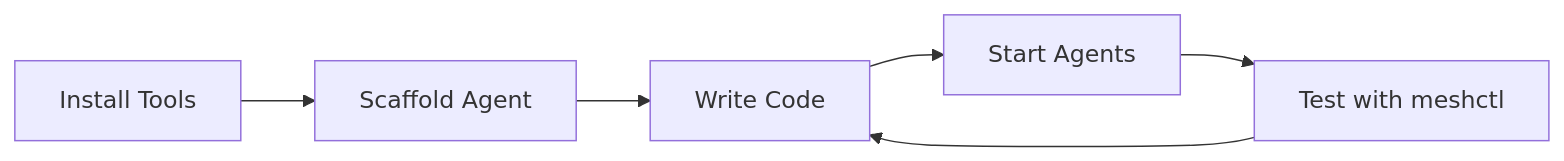
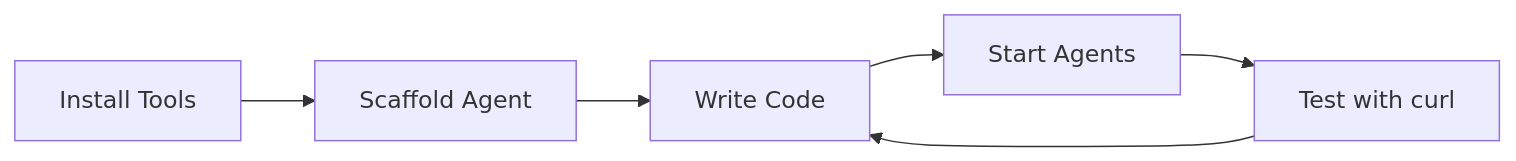
Before and after one commit to dhyansraj/mcp-mesh: the diagram in docs/02-local-development.md, drawn with Mermaid. The commit also changed other lines of this file and 47 other files, not shown here.

````diff
--- a/docs/02-local-development.md
+++ b/docs/02-local-development.md
@@ -11,8 +43,8 @@
 ```mermaid
 graph LR
     A[Install Tools] --> B[Scaffold Agent]
     B --> C[Write Code]
     C --> D[Start Agents]
-    D --> E[Test with meshctl]
+    D --> E[Test with curl]
     E --> C
 ```
````
